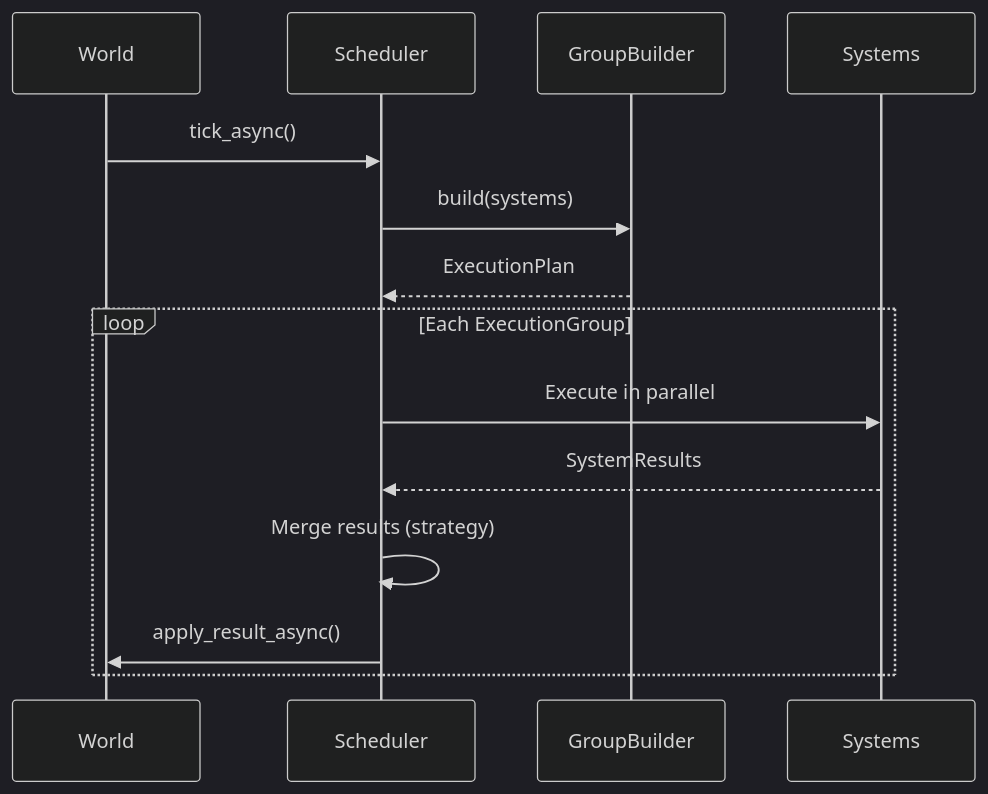
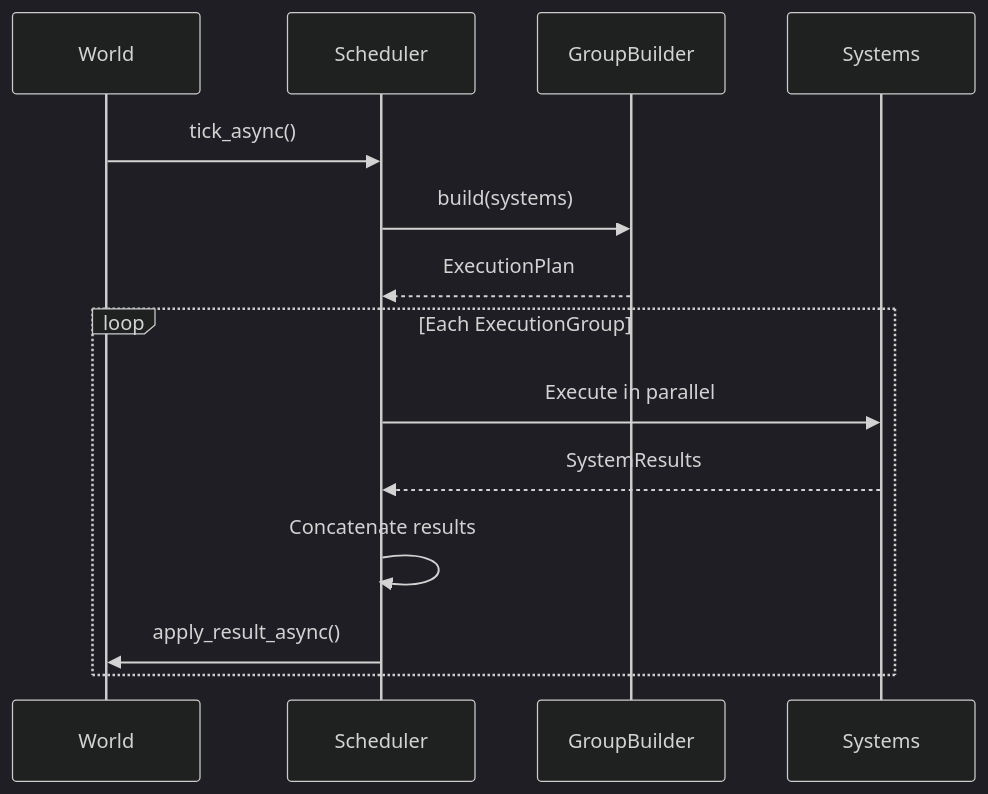
Before and after one commit to extensivelabs/agentecs: the third of 3 diagrams in docs/system/scheduling.md, drawn with Mermaid (dark theme). The commit also changed other lines of this file and 26 other files, not shown here.

````diff
--- a/docs/system/scheduling.md
+++ b/docs/system/scheduling.md
@@ -281,18 +254,18 @@
 ```mermaid
 sequenceDiagram
     participant W as World
     participant S as Scheduler
     participant B as GroupBuilder
     participant Sys as Systems
 
     W->>S: tick_async()
     S->>B: build(systems)
     B-->>S: ExecutionPlan
 
     loop Each ExecutionGroup
         S->>Sys: Execute in parallel
         Sys-->>S: SystemResults
-        S->>S: Merge results (strategy)
+        S->>S: Concatenate results
         S->>W: apply_result_async()
     end
 ```
````
